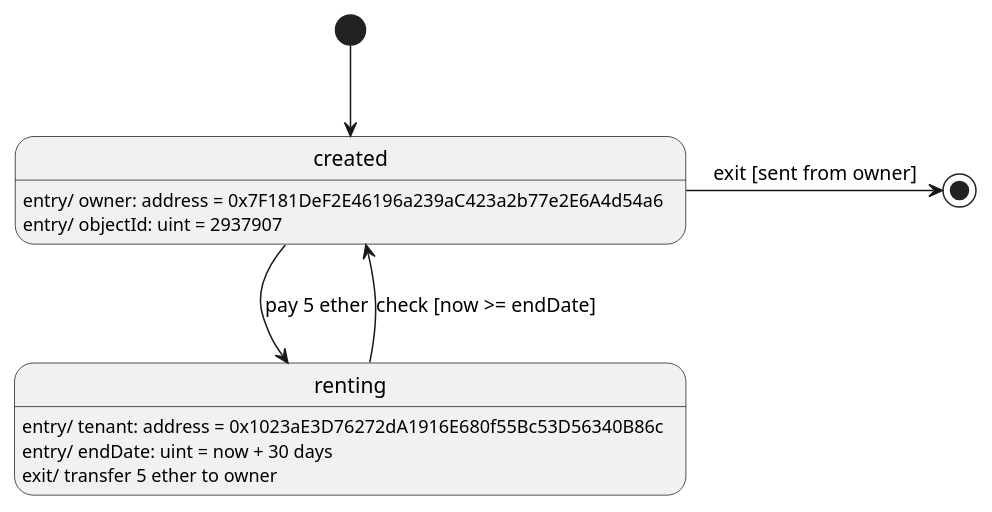
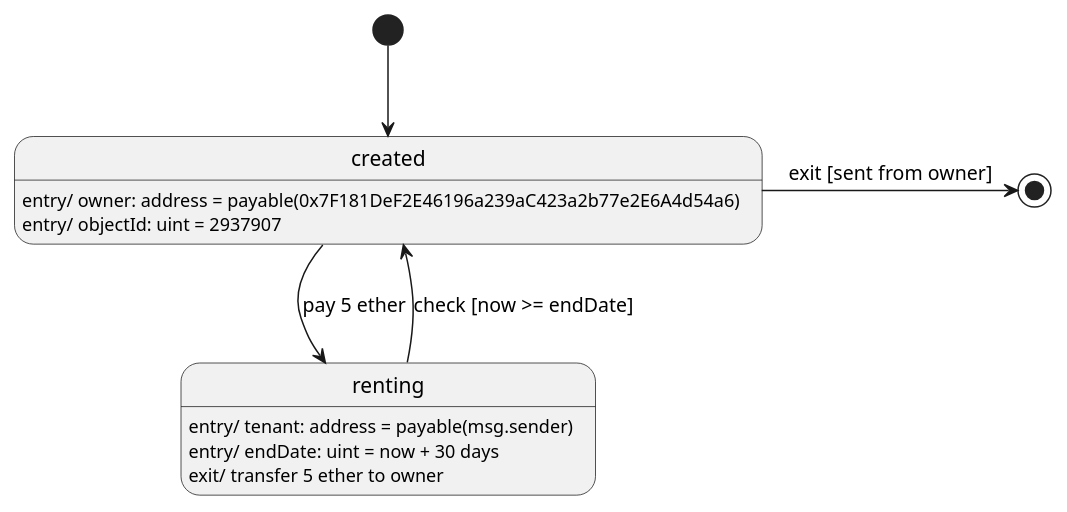
One commit to aski-73/meivsm-compiler changed the diagram in src/main/resources/sm_rental_ma.plantuml. Above: the diagram before and after it, drawn with PlantUML. The commit also changed 17 other files, not shown here.

```diff
--- a/src/main/resources/sm_rental_ma.plantuml
+++ b/src/main/resources/sm_rental_ma.plantuml
@@ -1,14 +1,14 @@
 @startuml RentalContract
 skinparam Monochrome true
 skinparam Shadowing false
 
 [*] --> created
-created: entry/ owner: address = 0x7F181DeF2E46196a239aC423a2b77e2E6A4d54a6
+created: entry/ owner: address = payable(0x7F181DeF2E46196a239aC423a2b77e2E6A4d54a6)
 created: entry/ objectId: uint = 2937907
 created --> renting: pay 5 ether
-renting: entry/ tenant: address = 0x1023aE3D76272dA1916E680f55Bc53D56340B86c
+renting: entry/ tenant: address = payable(msg.sender)
 renting: entry/ endDate: uint = now + 30 days
 renting: exit/ transfer 5 ether to owner
 renting --> created: check [now >= endDate]
 created -> [*]: exit [sent from owner]
 @enduml
```
